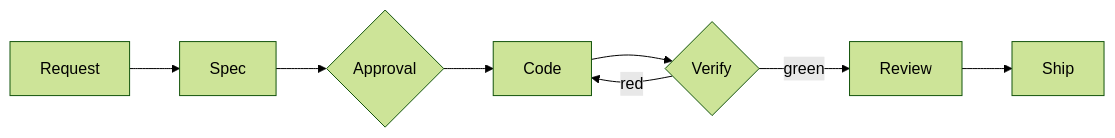
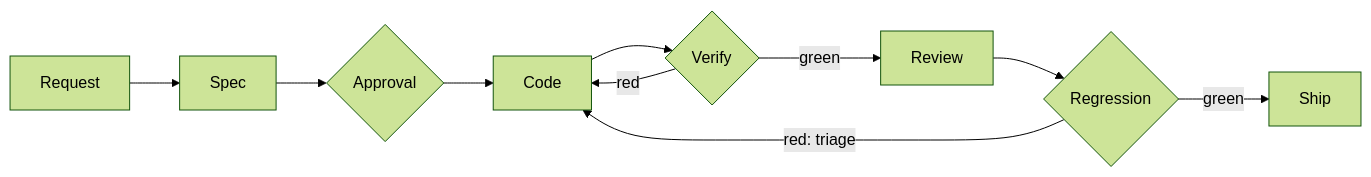
One commit to AIDDbot/AIDDbot changed the second of 2 diagrams in docs/how-it-works.md. Above: the diagram before and after it, drawn with Mermaid (forest theme). The commit also changed other lines of this file and 9 other files, not shown here.

````diff
--- a/docs/how-it-works.md
+++ b/docs/how-it-works.md
@@ -46,6 +47,8 @@
 ```mermaid
 flowchart LR
     R[Request] --> S[Spec] --> OK{Approval} --> C[Code] --> V{Verify}
     V -->|red| C
-    V -->|green| Q[Review] --> SH[Ship]
+    V -->|green| Q[Review] --> RG{Regression}
+    RG -->|red: triage| C
+    RG -->|green| SH[Ship]
 ```
````
